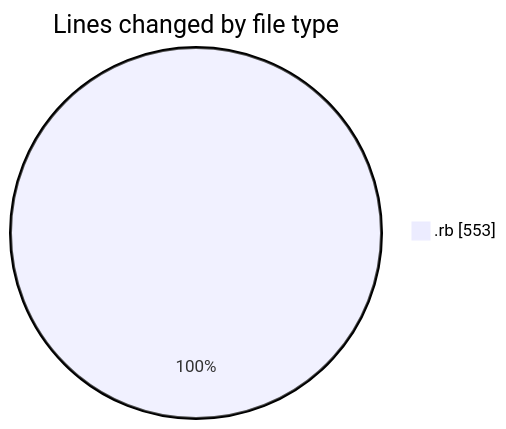
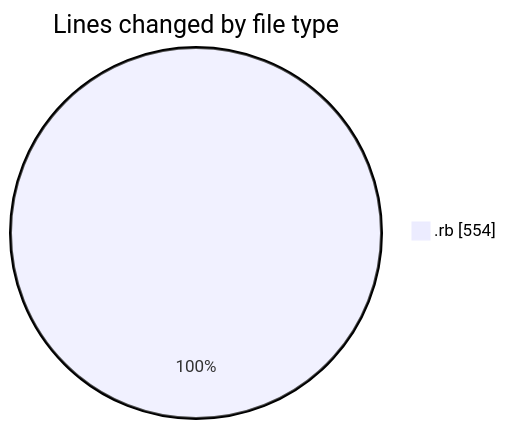
Before and after one commit to seballot/code-tracking: the first of 2 diagrams in 2025-06-18/app__container_registration-app__calm-app__/README.md, drawn with Mermaid. The commit also changed other lines of this file and 1 other file, not shown here.

````diff
--- a/2025-06-18/app__container_registration-app__calm-app__/README.md
+++ b/2025-06-18/app__container_registration-app__calm-app__/README.md
@@ -20,5 +20,5 @@
 ```mermaid
 pie showData
 title Lines changed by file type
-".rb" : 553
+".rb" : 554
 ```
````
